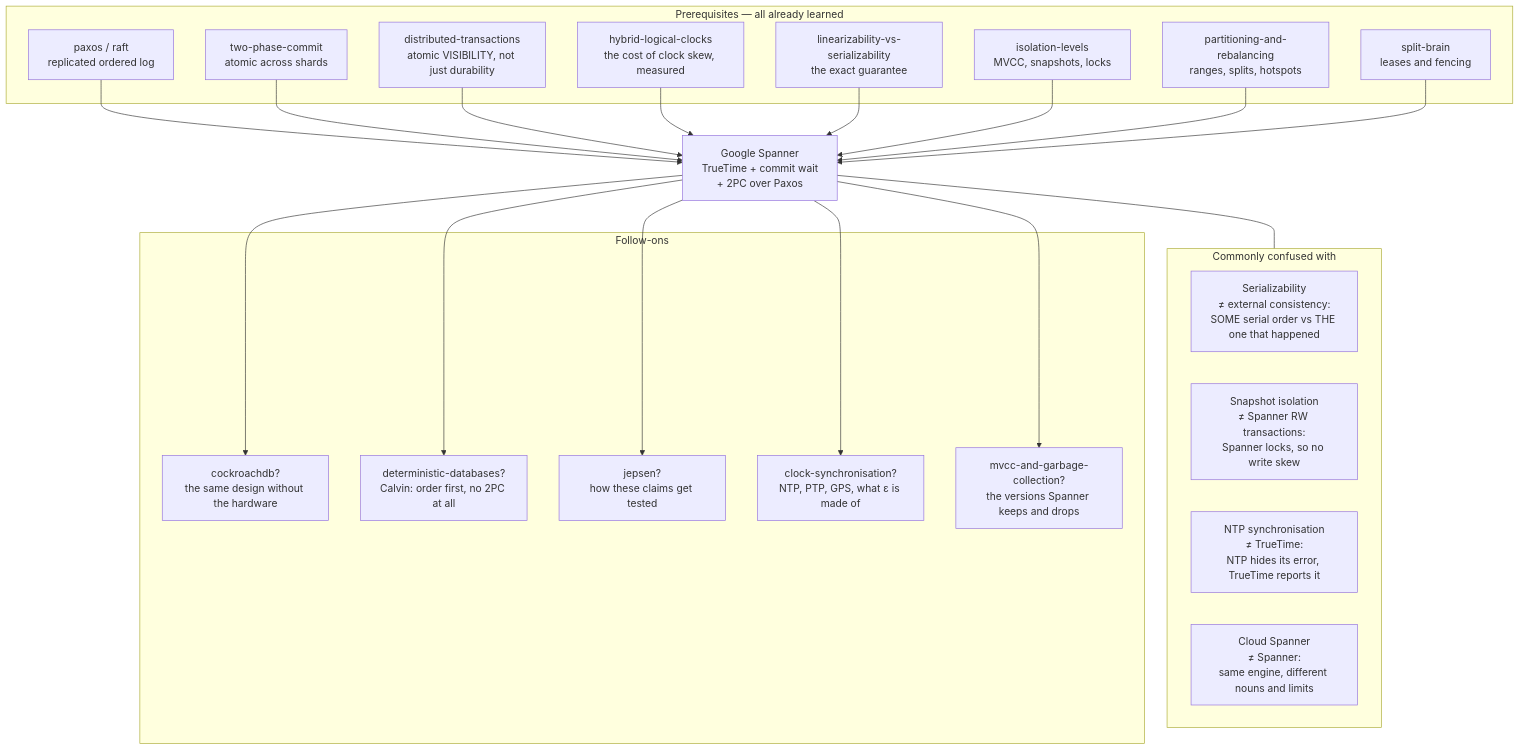
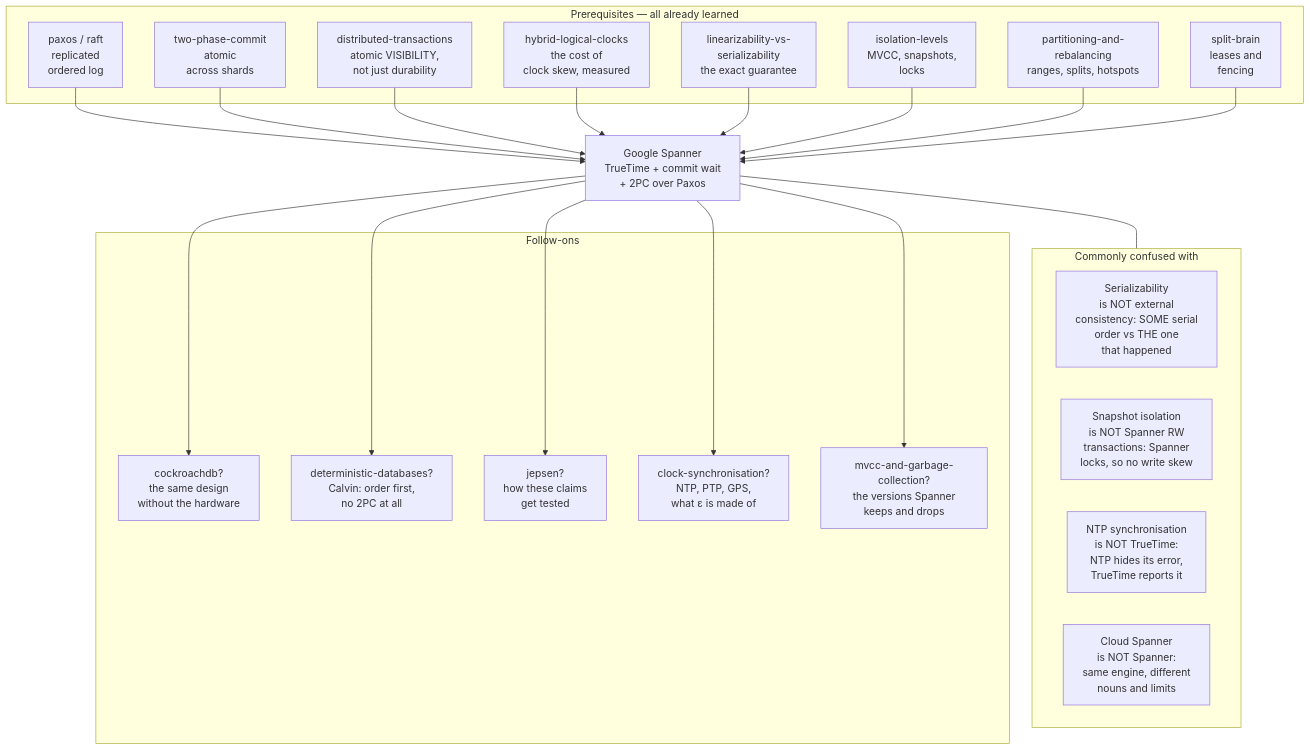
The diagram in 66-google-spanner/README.md (ravivarmachaluvadi/Learning), drawn with Mermaid before and after one commit. The commit also changed other lines of this file, not shown here.

First line of the commit message:
Rewrite google-spanner for delivery

````diff
--- a/66-google-spanner/README.md
+++ b/66-google-spanner/README.md
@@ -1470,47 +2073,47 @@
 ```mermaid
 flowchart TB
     subgraph prereq["Prerequisites — all already learned"]
-        PX[paxos / raft<br/>replicated ordered log]
-        TPC[two-phase-commit<br/>atomic across shards]
-        DT[distributed-transactions<br/>atomic VISIBILITY, not just durability]
-        HLC[hybrid-logical-clocks<br/>the cost of clock skew, measured]
-        LIN[linearizability-vs-serializability<br/>the exact guarantee]
-        ISO[isolation-levels<br/>MVCC, snapshots, locks]
-        PART[partitioning-and-rebalancing<br/>ranges, splits, hotspots]
-        SB[split-brain<br/>leases and fencing]
+        PX[paxos / raft<br/>replicated<br/>ordered log]
+        TPC[two-phase-commit<br/>atomic<br/>across shards]
+        DT[distributed-transactions<br/>atomic VISIBILITY,<br/>not just durability]
+        HLC[hybrid-logical-clocks<br/>the cost of<br/>clock skew, measured]
+        LIN[linearizability-vs-<br/>serializability<br/>the exact guarantee]
+        ISO[isolation-levels<br/>MVCC, snapshots,<br/>locks]
+        PART[partitioning-and-<br/>rebalancing<br/>ranges, splits, hotspots]
+        SB[split-brain<br/>leases and<br/>fencing]
     end
 
     SPAN["Google Spanner<br/>TrueTime + commit wait<br/>+ 2PC over Paxos"]
 
     PX --> SPAN
     TPC --> SPAN
     DT --> SPAN
     HLC --> SPAN
     LIN --> SPAN
     ISO --> SPAN
     PART --> SPAN
     SB --> SPAN
 
     subgraph confuse["Commonly confused with"]
-        C1[Serializability<br/>≠ external consistency:<br/>SOME serial order vs THE one that happened]
-        C2[Snapshot isolation<br/>≠ Spanner RW transactions:<br/>Spanner locks, so no write skew]
-        C3[NTP synchronisation<br/>≠ TrueTime:<br/>NTP hides its error, TrueTime reports it]
-        C4[Cloud Spanner<br/>≠ Spanner:<br/>same engine, different nouns and limits]
+        C1[Serializability<br/>is NOT external<br/>consistency: SOME serial<br/>order vs THE one<br/>that happened]
+        C2[Snapshot isolation<br/>is NOT Spanner RW<br/>transactions: Spanner<br/>locks, so no write skew]
+        C3[NTP synchronisation<br/>is NOT TrueTime:<br/>NTP hides its error,<br/>TrueTime reports it]
+        C4[Cloud Spanner<br/>is NOT Spanner:<br/>same engine, different<br/>nouns and limits]
     end
 
     SPAN --- confuse
 
     subgraph next["Follow-ons"]
-        N1[cockroachdb?<br/>the same design without the hardware]
-        N2[deterministic-databases?<br/>Calvin: order first, no 2PC at all]
-        N3[jepsen?<br/>how these claims get tested]
-        N4[clock-synchronisation?<br/>NTP, PTP, GPS, what ε is made of]
-        N5[mvcc-and-garbage-collection?<br/>the versions Spanner keeps and drops]
+        N1[cockroachdb?<br/>the same design<br/>without the hardware]
+        N2[deterministic-databases?<br/>Calvin: order first,<br/>no 2PC at all]
+        N3[jepsen?<br/>how these claims<br/>get tested]
+        N4[clock-synchronisation?<br/>NTP, PTP, GPS,<br/>what ε is made of]
+        N5[mvcc-and-garbage-collection?<br/>the versions Spanner<br/>keeps and drops]
     end
 
     SPAN --> N1
     SPAN --> N2
     SPAN --> N3
     SPAN --> N4
     SPAN --> N5
 ```
````
